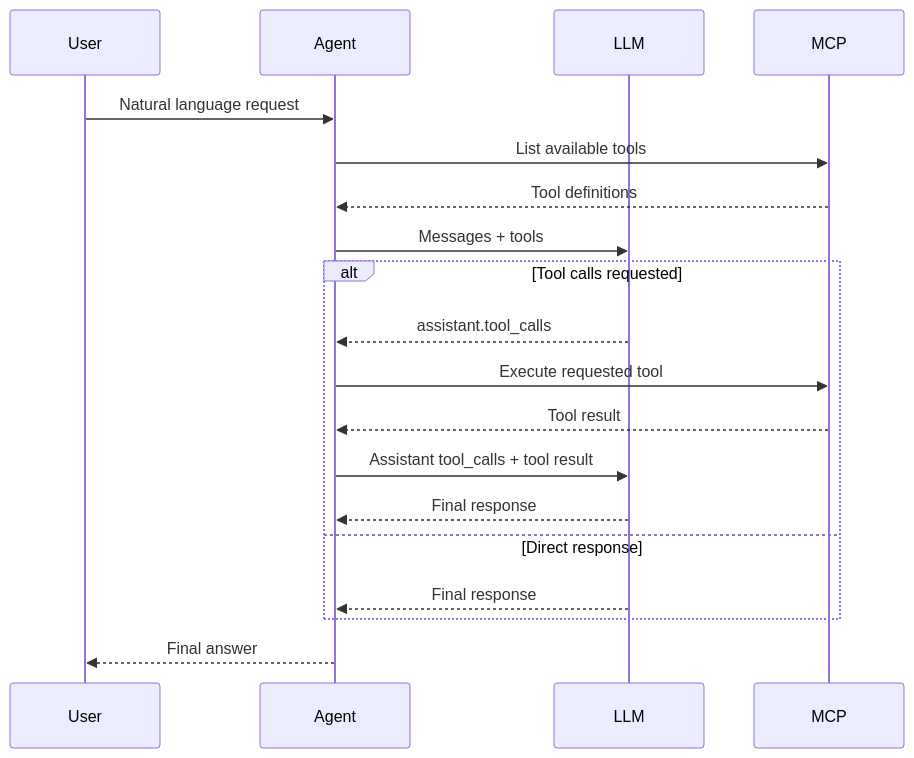
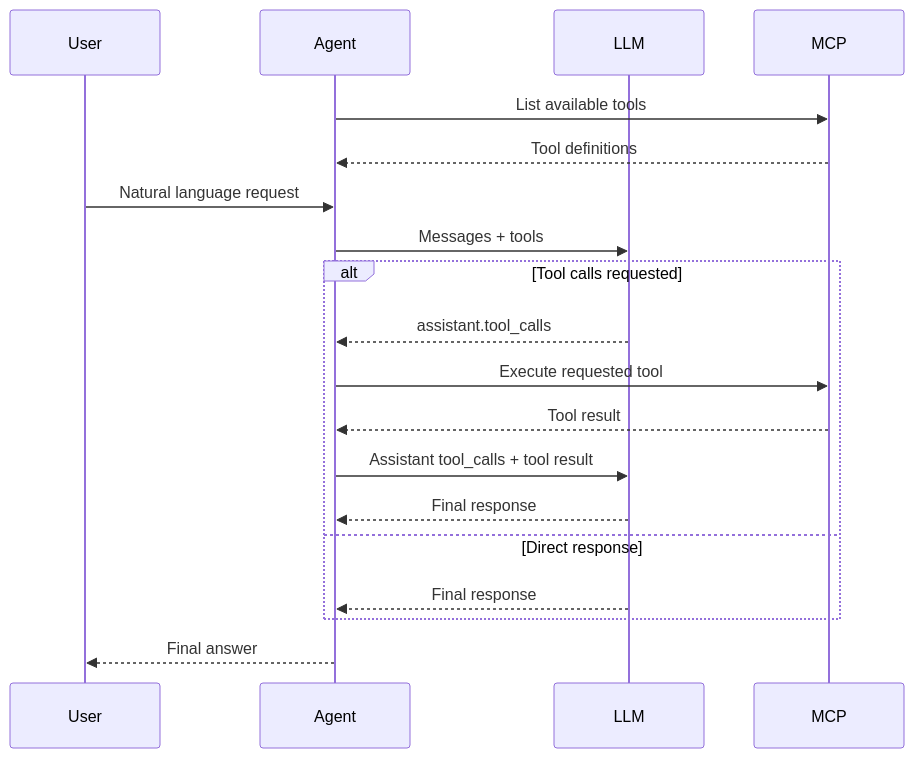
Before and after one commit to hosseini-rtr/dj-mcp-demo: the second of 2 diagrams in README.md, drawn with Mermaid. The commit also changed other lines of this file, not shown here.

````diff
--- a/README.md
+++ b/README.md
@@ -120,24 +120,24 @@
 ```mermaid
 sequenceDiagram
     participant User
     participant Agent
     participant LLM
     participant MCP
 
-    User->>Agent: Natural language request
     Agent->>MCP: List available tools
     MCP-->>Agent: Tool definitions
+    User->>Agent: Natural language request
     Agent->>LLM: Messages + tools
 
     alt Tool calls requested
         LLM-->>Agent: assistant.tool_calls
         Agent->>MCP: Execute requested tool
         MCP-->>Agent: Tool result
         Agent->>LLM: Assistant tool_calls + tool result
         LLM-->>Agent: Final response
     else Direct response
         LLM-->>Agent: Final response
     end
 
     Agent-->>User: Final answer
 ```
````
